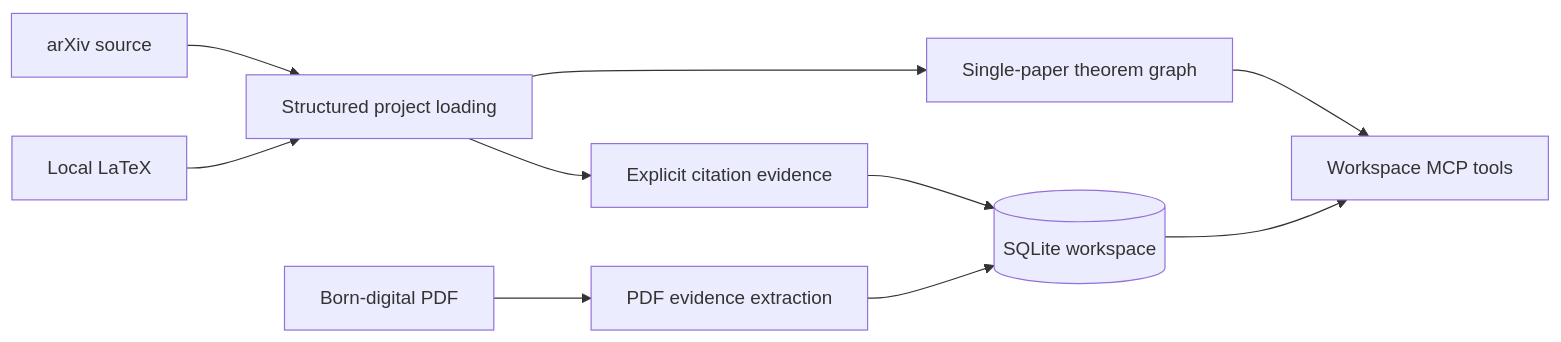
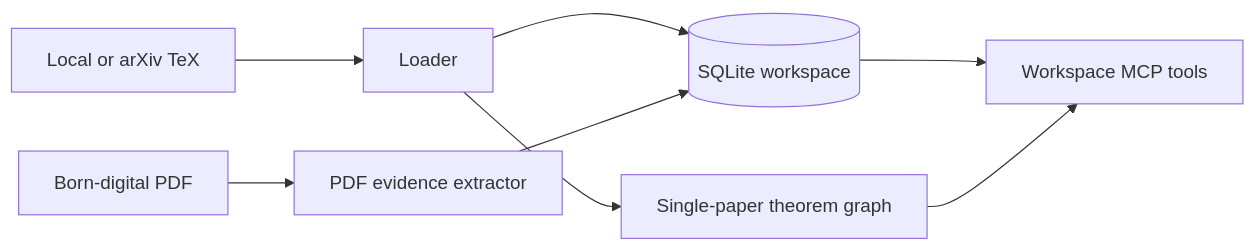
Before and after one commit to lotchuazzz-crypto/papergraph-mcp: the diagram in README.md, drawn with Mermaid. The commit also changed other lines of this file and 2 other files, not shown here.

````diff
--- a/README.md
+++ b/README.md
@@ -293,12 +168,10 @@
 ```mermaid
 flowchart LR
-    Local[Local LaTeX] --> Load[Structured project loading]
-    Arxiv[arXiv source] --> Load
-    PDF[Born-digital PDF] --> Extract[PDF evidence extraction]
-    Load --> Cite[Explicit citation evidence]
-    Cite --> DB[(SQLite workspace)]
+    TeX[Local or arXiv TeX] --> Load[Loader]
+    PDF[Born-digital PDF] --> Extract[PDF evidence extractor]
+    Load --> DB[(SQLite workspace)]
     Extract --> DB
     DB --> MCP[Workspace MCP tools]
     Load --> Graph[Single-paper theorem graph]
     Graph --> MCP
 ```
````
